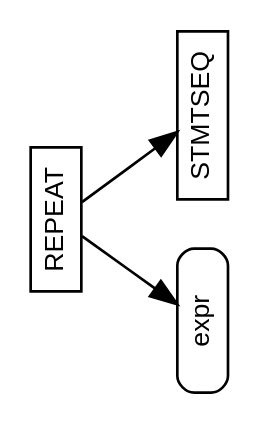
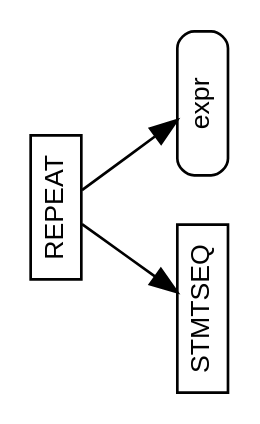
The diagram in repeat.dot (m2sf/M2-AST-Node-Diagrams), drawn with Graphviz before and after one commit.

Commit message:
node order

```diff
--- a/repeat.dot
+++ b/repeat.dot
@@ -1,62 +1,62 @@
 /* AST node diagram generator script collection for M2C, M2J and M2Sharp.
  *
  * Copyright (c) 2016 The Modula-2 Software Foundation
  *
  * Author & Maintainer: Benjamin Kowarsch <org.m2sf>
  *
  * @synopsis
  *
  * The M2C, M2J and M2Sharp compilers are multi-dialect Modula-2 translators
  * and compilers respectively targeting C99, Java/JVM and C#/CLR, sharing a
  * common abstract syntax tree (AST) specification.
  *
  * The AST node diagram generator script collection consists of Graphviz DOT
  * descriptions for all AST node types of the common AST specification.
  *
  * The Graphviz dot utility is required to generate the diagrams. 
  * It may be obtained from http://www.graphviz.org/download.php.
  *
  * @repository
  *
  * https://github.com/m2sf/m2-ast-node-diagrams
  *
  * @file
  *
  * repeat.dot
  *
  * REPEAT node diagram.
  *
  * Usage: $ dot repeat.dot -Tps > repeat.ps
  *
  * @license
  *
  * This is free software: you can redistribute and/or modify it under the
  * terms of the GNU Lesser General Public License (LGPL) either version 2.1
  * or at your choice version 3 as published by the Free Software Foundation.
  * However, you may not alter the copyright, author and license information.
  *
  * It is distributed in the hope that it will be useful,  but WITHOUT
  * ANY WARRANTY; without even the implied warranty of MERCHANTABILITY or
  * FITNESS FOR A PARTICULAR PURPOSE.  Read the license for more details.
  *
  * You should have received a copy of the GNU Lesser General Public License.
  * If not, see <https://www.gnu.org/copyleft/lesser.html>.
  *
  * NB: Components in the domain part of email addresses are in reverse order.
  */
 
 /*** REPEAT Node ***/
 
 digraph REPEAT {
   graph [orientation=landscape,fontname=helvetica];
   node [fontname=helvetica,fontsize=10,shape=box,height=0.25];
   
   node [style=solid];
   edge [arrowhead=normal];
   
   REPEAT -> { id0 id1 };
-  id1 [label="STMTSEQ"];
-  id0 [label="expr",style=rounded];
+  id0 [label="STMTSEQ"];
+  id1 [label="expr",style=rounded];
 }
 
 /* END OF FILE */
```
